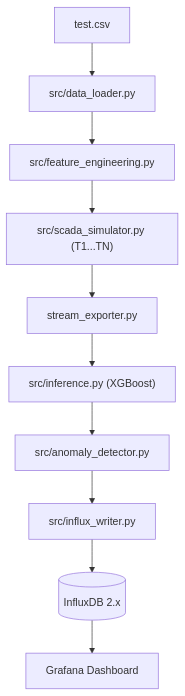
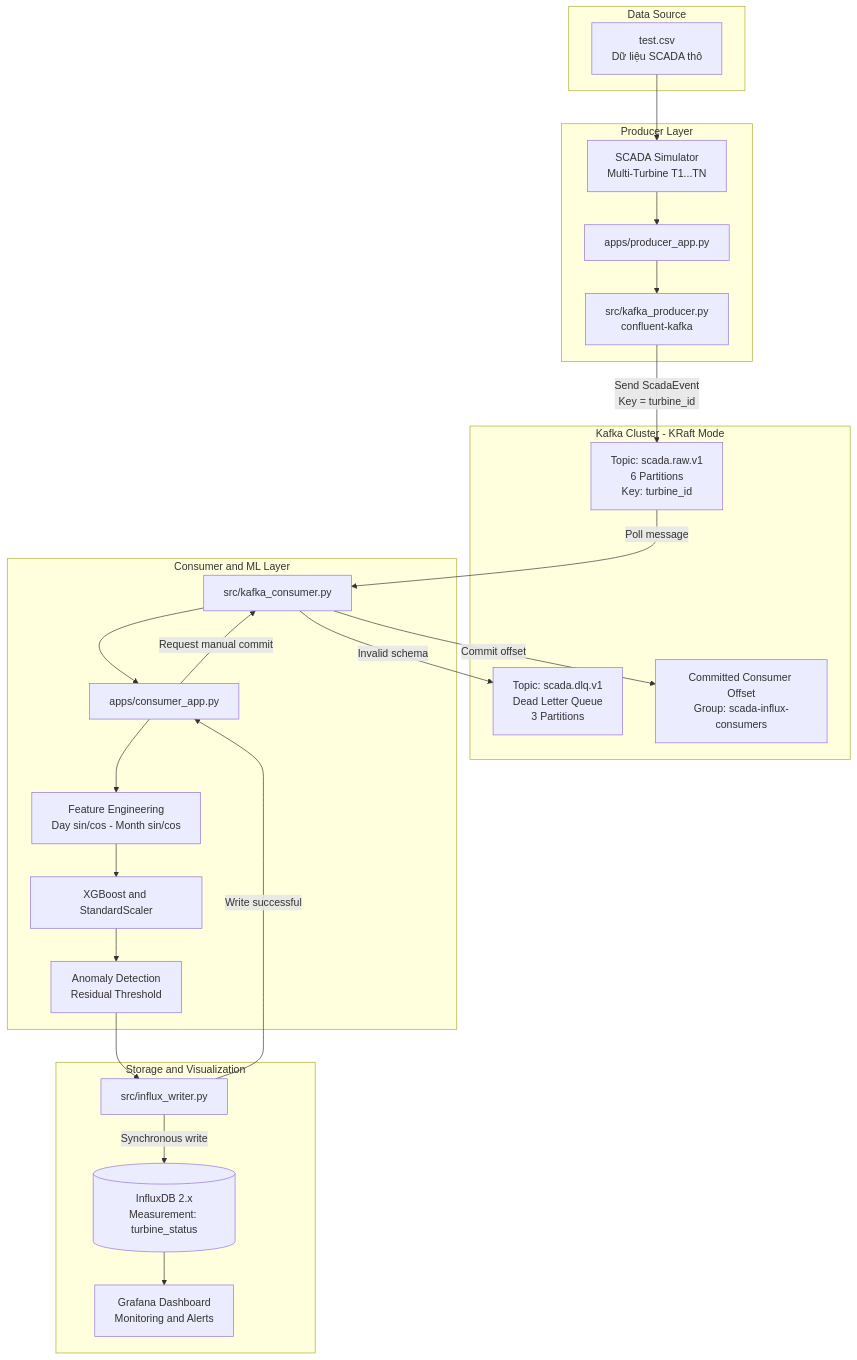
The diagram in README.md (Huypham30d/SCDA_Edge), drawn with Mermaid before and after one commit. The commit also changed other lines of this file and 22 other files, not shown here.

Commit message:
feat: integrate Kafka producer and consumer pipeline

````diff
--- a/README.md
+++ b/README.md
@@ -48,12 +101,52 @@
 ```mermaid
 flowchart TD
-    CSV["test.csv"] --> LOADER["src/data_loader.py"]
-    LOADER --> FEAT["src/feature_engineering.py"]
-    FEAT --> SIM["src/scada_simulator.py (T1...TN)"]
-    SIM --> EXPORTER["stream_exporter.py"]
-    EXPORTER --> INFER["src/inference.py (XGBoost)"]
-    INFER --> DETECTOR["src/anomaly_detector.py"]
-    DETECTOR --> WRITER["src/influx_writer.py"]
-    WRITER --> INFLUX[("InfluxDB 2.x")]
-    INFLUX --> GRAFANA["Grafana Dashboard"]
+    subgraph dataSource["Data Source"]
+        CSV["test.csv<br/>Dữ liệu SCADA thô"]
+    end
+
+    subgraph producerLayer["Producer Layer"]
+        SIM["SCADA Simulator<br/>Multi-Turbine T1...TN"]
+        PROD_APP["apps/producer_app.py"]
+        PROD_MOD["src/kafka_producer.py<br/>confluent-kafka"]
+    end
+
+    subgraph kafkaCluster["Kafka Cluster - KRaft Mode"]
+        TOPIC_RAW["Topic: scada.raw.v1<br/>6 Partitions<br/>Key: turbine_id"]
+        TOPIC_DLQ["Topic: scada.dlq.v1<br/>Dead Letter Queue<br/>3 Partitions"]
+        GROUP_OFFSET["Committed Consumer Offset<br/>Group: scada-influx-consumers"]
+    end
+
+    subgraph consumerLayer["Consumer and ML Layer"]
+        CONS_MOD["src/kafka_consumer.py"]
+        CONS_APP["apps/consumer_app.py"]
+        FEAT["Feature Engineering<br/>Day sin/cos - Month sin/cos"]
+        XGB["XGBoost and StandardScaler"]
+        ANOMALY["Anomaly Detection<br/>Residual Threshold"]
+    end
+
+    subgraph storageLayer["Storage and Visualization"]
+        WRITER["src/influx_writer.py"]
+        INFLUX[("InfluxDB 2.x<br/>Measurement: turbine_status")]
+        GRAFANA["Grafana Dashboard<br/>Monitoring and Alerts"]
+    end
+
+    CSV --> SIM
+    SIM --> PROD_APP
+    PROD_APP --> PROD_MOD
+    PROD_MOD -->|"Send ScadaEvent<br/>Key = turbine_id"| TOPIC_RAW
+
+    TOPIC_RAW -->|"Poll message"| CONS_MOD
+    CONS_MOD --> CONS_APP
+    CONS_MOD -->|"Invalid schema"| TOPIC_DLQ
+
+    CONS_APP --> FEAT
+    FEAT --> XGB
+    XGB --> ANOMALY
+    ANOMALY --> WRITER
+    WRITER -->|"Synchronous write"| INFLUX
+    INFLUX --> GRAFANA
+
+    WRITER -->|"Write successful"| CONS_APP
+    CONS_APP -->|"Request manual commit"| CONS_MOD
+    CONS_MOD -->|"Commit offset"| GROUP_OFFSET
 ```
````
